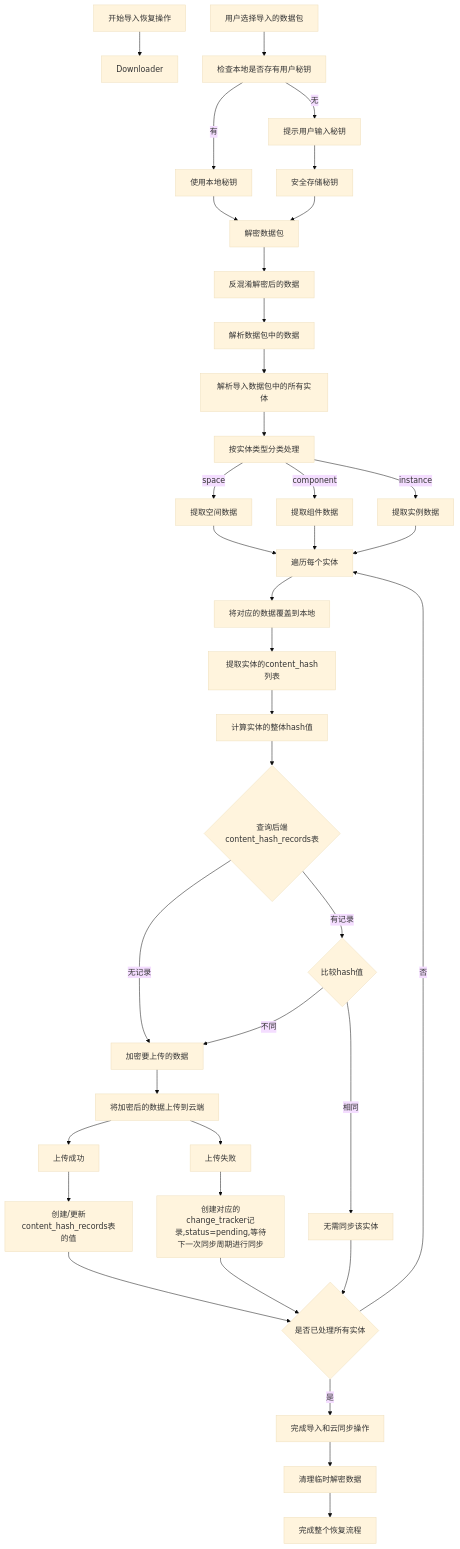
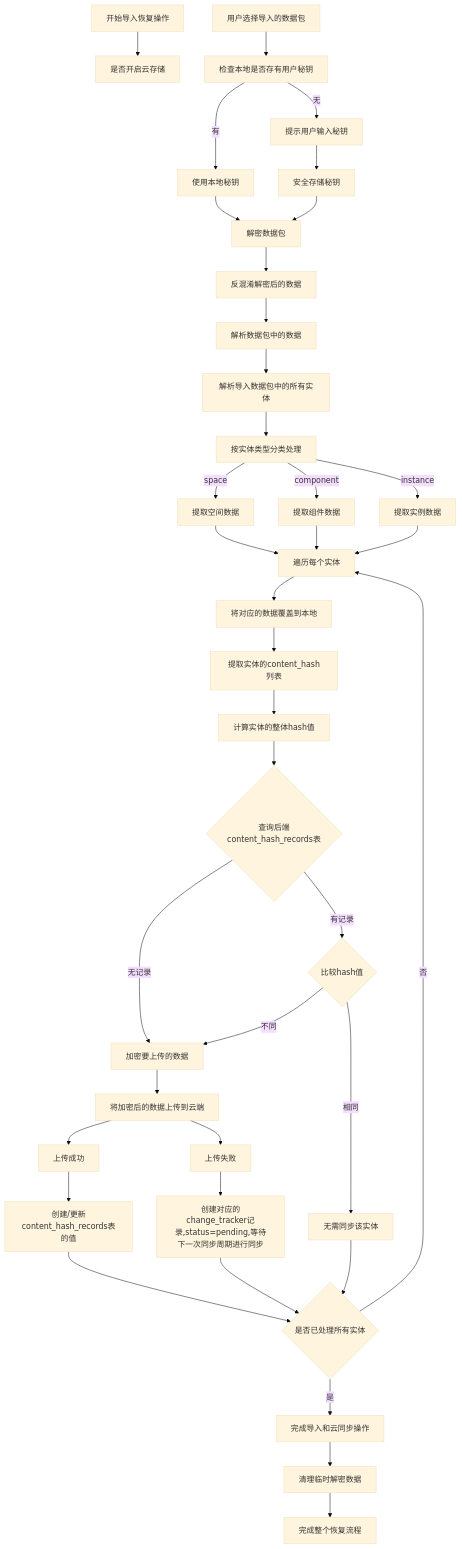
Before and after one commit to yingjianzh/iodraw-files: the diagram in all/未命名-47.md, drawn with Mermaid (base theme).

Commit message:
2025-04-29 14:31:08 update

````diff
--- a/all/未命名-47.md
+++ b/all/未命名-47.md
@@ -1,60 +1,60 @@
 ```mermaid
 
 flowchart TD
-    A[开始导入恢复操作] --> Downloader
+    A[开始导入恢复操作] --> Download[是否开启云存储]
     B[用户选择导入的数据包]
     B --> B1[检查本地是否存有用户秘钥]
     
     B1 -->|有| B3[使用本地秘钥]
     B1 -->|无| B4[提示用户输入秘钥]
 
 
     B4 --> B8[安全存储秘钥]
     B3 --> B10[解密数据包]
     B8 --> B10
     
     B10 --> B11[反混淆解密后的数据]
     B11 --> C[解析数据包中的数据]
     
     C --> D[解析导入数据包中的所有实体]
     D --> G[按实体类型分类处理]
     
     G -->|space| H1[提取空间数据]
     G -->|component| H2[提取组件数据]
     G -->|instance| H3[提取实例数据]
     
     H1 --> I[遍历每个实体]
     H2 --> I
     H3 --> I
     
     I --> Save[将对应的数据覆盖到本地]
     Save --> J[提取实体的content_hash列表]
     J --> K[计算实体的整体hash值]
     
     K --> L{查询后端content_hash_records表}
     L -->|无记录| M1[加密要上传的数据]
     M1 --> M1a[将加密后的数据上传到云端]
     M1a --> N1[上传成功]
     M1a --> N2[上传失败]
     
     N2 --> N3[创建对应的change_tracker记录,status=pending,等待下一次同步周期进行同步]
     N3 --> S
     N1 --> M4[创建/更新content_hash_records表的值]
 
 
     L -->|有记录| M2{比较hash值}
     M2 -->|不同| M1
 
     M2 -->|相同| M3[无需同步该实体]
     
     
     M3 --> S{是否已处理所有实体}
     M4 --> S{是否已处理所有实体}
     
     S -->|否| I
     S -->|是| T[完成导入和云同步操作]
     
     T --> U[清理临时解密数据]
     U --> V[完成整个恢复流程]
 
 ```
````
